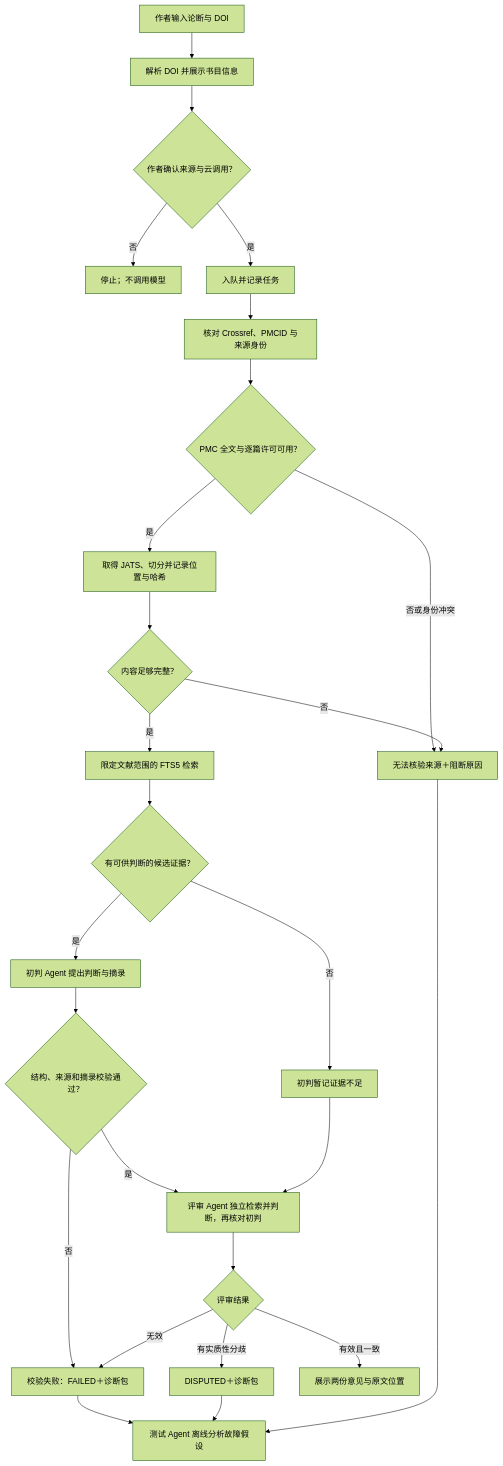
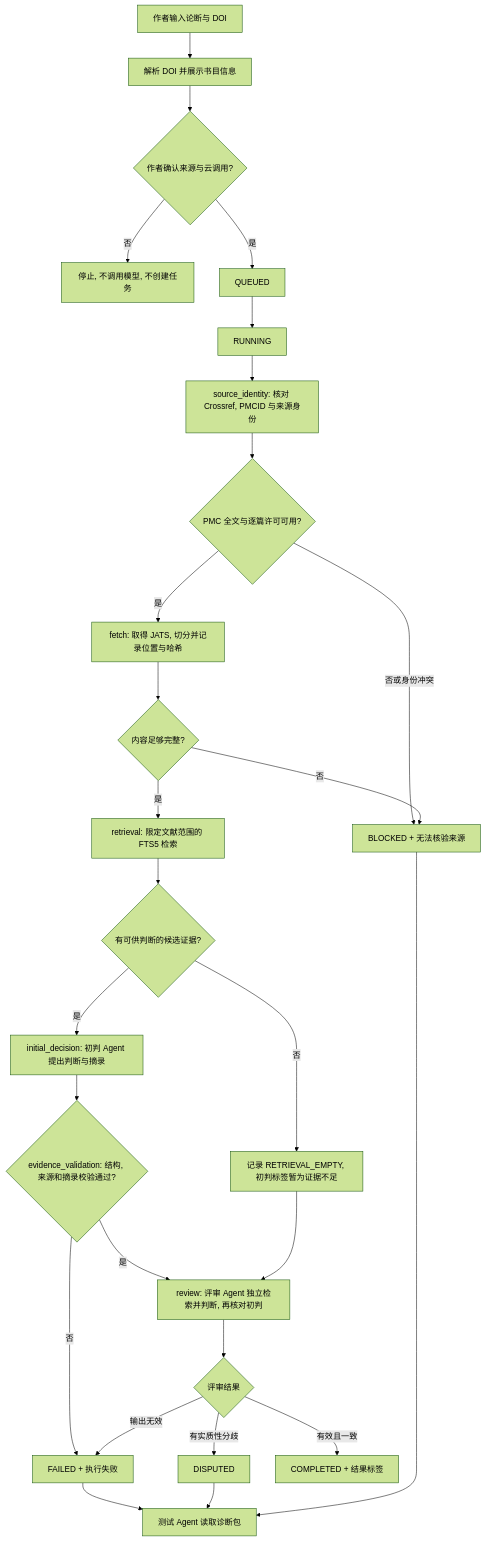
The third of 3 diagrams in docs/architecture.md (wynxing/paper-evidence-agent), drawn with Mermaid (forest theme) before and after one commit. The commit also changed other lines of this file and 5 other files, not shown here.

````diff
--- a/docs/architecture.md
+++ b/docs/architecture.md
@@ -33,28 +60,29 @@
 ```mermaid
 flowchart TD
     A["作者输入论断与 DOI"] --> B["解析 DOI 并展示书目信息"]
-    B --> C{"作者确认来源与云调用？"}
-    C -- "否" --> Stop["停止；不调用模型"]
-    C -- "是" --> D["入队并记录任务"]
-    D --> E["核对 Crossref、PMCID 与来源身份"]
-    E --> F{"PMC 全文与逐篇许可可用？"}
-    F -- "否或身份冲突" --> U["无法核验来源＋阻断原因"]
-    F -- "是" --> G["取得 JATS、切分并记录位置与哈希"]
-    G --> H{"内容足够完整？"}
+    B --> C{"作者确认来源与云调用?"}
+    C -- "否" --> Stop["停止, 不调用模型, 不创建任务"]
+    C -- "是" --> D["QUEUED"]
+    D --> Run["RUNNING"]
+    Run --> E["source_identity: 核对 Crossref, PMCID 与来源身份"]
+    E --> F{"PMC 全文与逐篇许可可用?"}
+    F -- "否或身份冲突" --> U["BLOCKED + 无法核验来源"]
+    F -- "是" --> G["fetch: 取得 JATS, 切分并记录位置与哈希"]
+    G --> H{"内容足够完整?"}
     H -- "否" --> U
-    H -- "是" --> I["限定文献范围的 FTS5 检索"]
-    I --> J{"有可供判断的候选证据？"}
-    J -- "否" --> N["初判暂记证据不足"]
-    J -- "是" --> K["初判 Agent 提出判断与摘录"]
-    K --> L{"结构、来源和摘录校验通过？"}
-    L -- "否" --> X["校验失败：FAILED＋诊断包"]
-    L -- "是" --> R["评审 Agent 独立检索并判断，再核对初判"]
+    H -- "是" --> I["retrieval: 限定文献范围的 FTS5 检索"]
+    I --> J{"有可供判断的候选证据?"}
+    J -- "否" --> N["记录 RETRIEVAL_EMPTY, 初判标签暂为证据不足"]
+    J -- "是" --> K["initial_decision: 初判 Agent 提出判断与摘录"]
+    K --> L{"evidence_validation: 结构, 来源和摘录校验通过?"}
+    L -- "否" --> X["FAILED + 执行失败"]
+    L -- "是" --> R["review: 评审 Agent 独立检索并判断, 再核对初判"]
     N --> R
     R --> V{"评审结果"}
-    V -- "无效" --> X
-    V -- "有实质性分歧" --> Q["DISPUTED＋诊断包"]
-    V -- "有效且一致" --> M["展示两份意见与原文位置"]
-    X --> T["测试 Agent 离线分析故障假设"]
+    V -- "输出无效" --> X
+    V -- "有实质性分歧" --> Q["DISPUTED"]
+    V -- "有效且一致" --> M["COMPLETED + 结果标签"]
+    X --> T["测试 Agent 读取诊断包"]
     Q --> T
     U --> T
 ```
````
